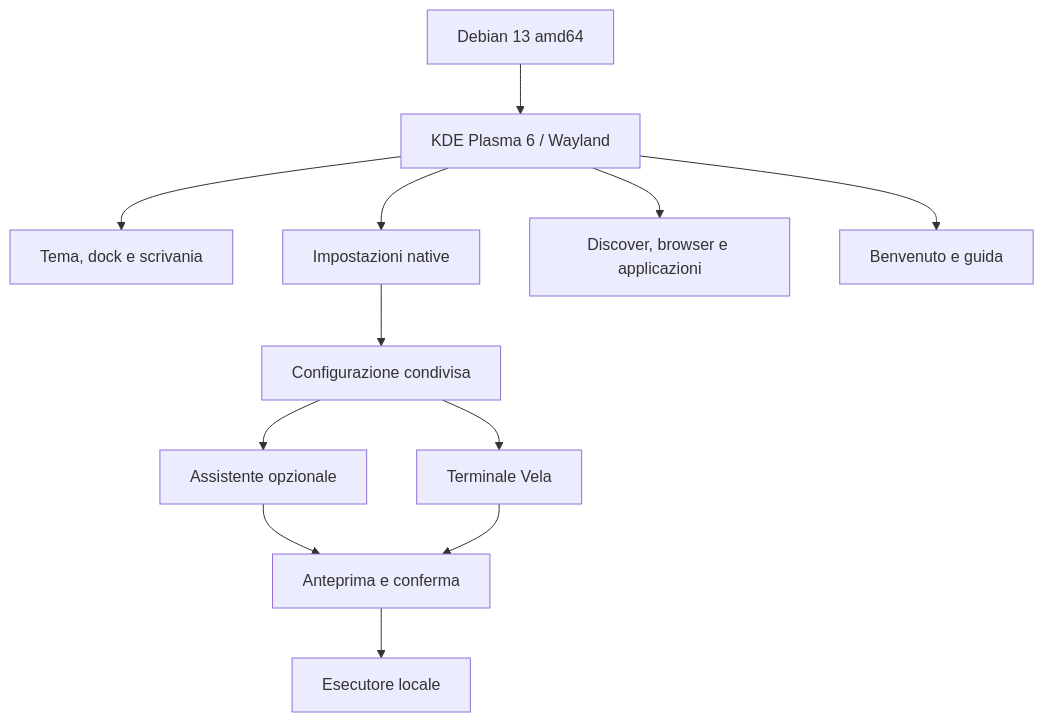
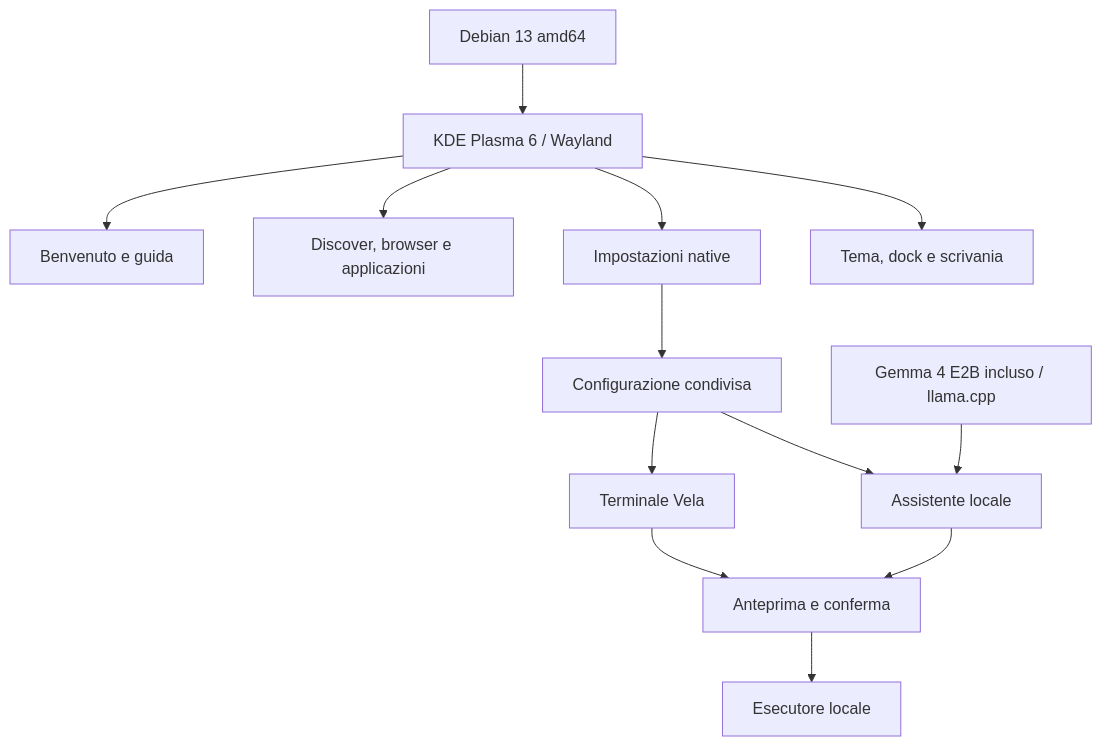
Before and after one commit to FrySco19/VelaOS: the diagram in README.md, drawn with Mermaid. The commit also changed other lines of this file and 74 other files, not shown here.

Commit message:
Bundle local Gemma assistant and verified desktop workflows

````diff
--- a/README.md
+++ b/README.md
@@ -48,14 +54,15 @@
 ```mermaid
 flowchart TB
   Debian[Debian 13 amd64] --> Plasma[KDE Plasma 6 / Wayland]
   Plasma --> Desktop[Tema, dock e scrivania]
   Plasma --> Settings[Impostazioni native]
   Plasma --> Apps[Discover, browser e applicazioni]
   Plasma --> Welcome[Benvenuto e guida]
   Settings --> Config[Configurazione condivisa]
-  Config --> Assistant[Assistente opzionale]
+  Config --> Assistant[Assistente locale]
+  Gemma[Gemma 4 E2B incluso / llama.cpp] --> Assistant
   Config --> Terminal[Terminale Vela]
   Assistant --> Confirm[Anteprima e conferma]
   Terminal --> Confirm
   Confirm --> Executor[Esecutore locale]
 ```
````
